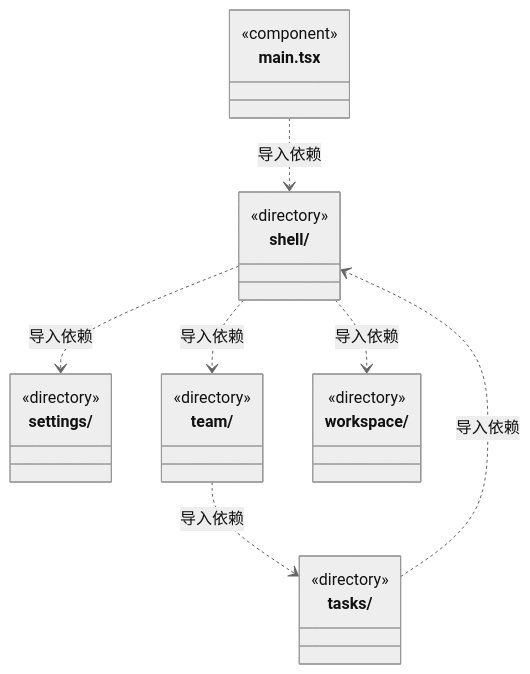
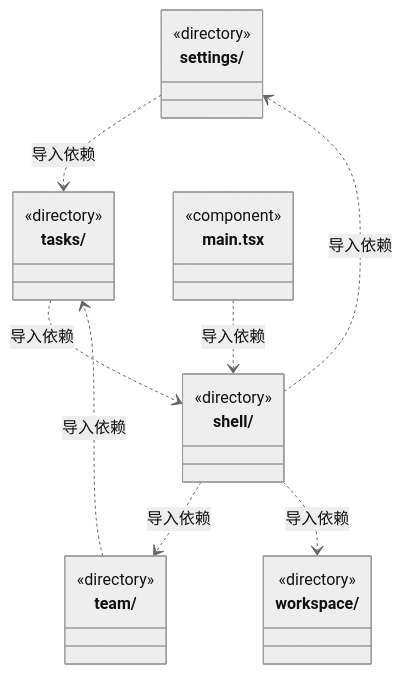
One commit to nan023062/cbim changed the second of 2 diagrams in src/frontend/ARCHITECTURE.md. Above: the diagram before and after it, drawn with Mermaid (neutral theme). The commit also changed other lines of this file and 70 other files, not shown here.

````diff
--- a/src/frontend/ARCHITECTURE.md
+++ b/src/frontend/ARCHITECTURE.md
@@ -41,27 +41,28 @@
 ```mermaid
 classDiagram
 class N_src_frontend_settings["settings/"] {
   <<directory>>
 }
 class N_src_frontend_shell["shell/"] {
   <<directory>>
 }
 class N_src_frontend_tasks["tasks/"] {
   <<directory>>
 }
 class N_src_frontend_team["team/"] {
   <<directory>>
 }
 class N_src_frontend_workspace["workspace/"] {
   <<directory>>
 }
 class N_src_frontend_main_tsx["main.tsx"] {
   <<component>>
 }
 N_src_frontend_main_tsx ..> N_src_frontend_shell : 导入依赖
+N_src_frontend_settings ..> N_src_frontend_tasks : 导入依赖
 N_src_frontend_shell ..> N_src_frontend_settings : 导入依赖
 N_src_frontend_shell ..> N_src_frontend_team : 导入依赖
 N_src_frontend_shell ..> N_src_frontend_workspace : 导入依赖
 N_src_frontend_tasks ..> N_src_frontend_shell : 导入依赖
 N_src_frontend_team ..> N_src_frontend_tasks : 导入依赖
 ```
````
